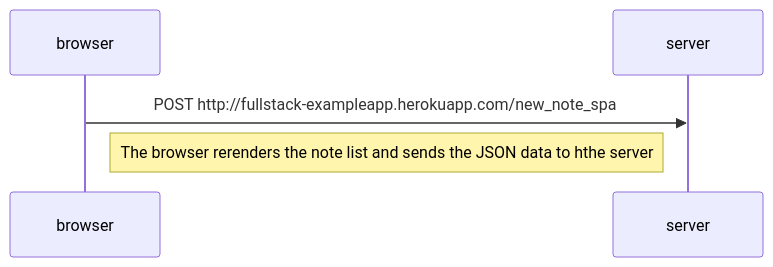
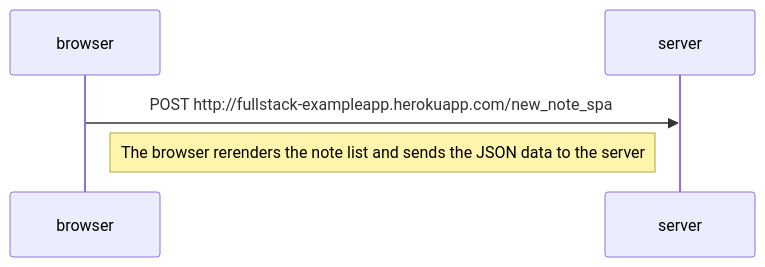
Before and after one commit to michelleyyin/fullstackopen: the diagram in part0/0.5singlePageAppDiagram.md, drawn with Mermaid.

````diff
--- a/part0/0.5singlePageAppDiagram.md
+++ b/part0/0.5singlePageAppDiagram.md
@@ -1,8 +1,8 @@
 ```mermaid
     sequenceDiagram
         participant browser
         participant server
         
         browser->>server: POST http://fullstack-exampleapp.herokuapp.com/new_note_spa
-Note right of browser: The browser rerenders the note list and sends the JSON data to hthe server
+Note right of browser: The browser rerenders the note list and sends the JSON data to the server
 ```
````
